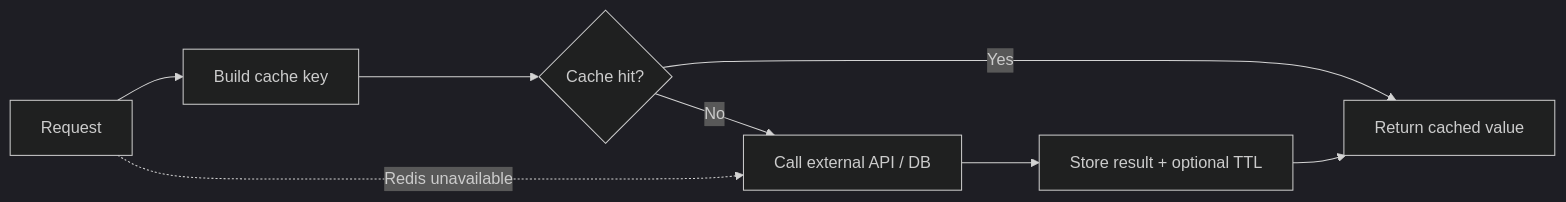
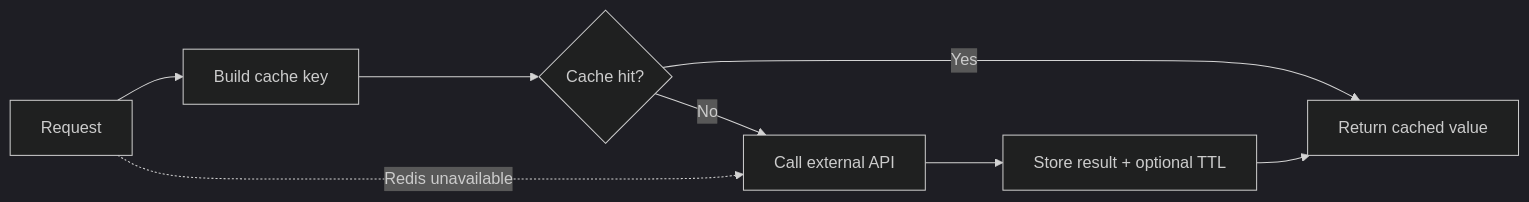
Before and after one commit to Aman-srivastav24/ai-support-triage: the ninth of 18 diagrams in docs/DAY_04_LEARNINGS.md, drawn with Mermaid (dark theme). The commit also changed other lines of this file, not shown here.

````diff
--- a/docs/DAY_04_LEARNINGS.md
+++ b/docs/DAY_04_LEARNINGS.md
@@ -569,10 +566,10 @@
 ```mermaid
 flowchart LR
-    R[Request] --> K[Build cache key]
-    K --> H{Cache hit?}
-    H -->|Yes| V[Return cached value]
-    H -->|No| L[Call external API / DB]
-    L --> S[Store result + optional TTL]
+    R["Request"] --> K["Build cache key"]
+    K --> H{"Cache hit?"}
+    H -->|Yes| V["Return cached value"]
+    H -->|No| L["Call external API"]
+    L --> S["Store result + optional TTL"]
     S --> V
-    R -. Redis unavailable .-> L
+    R -. "Redis unavailable" .-> L
 ```
````
